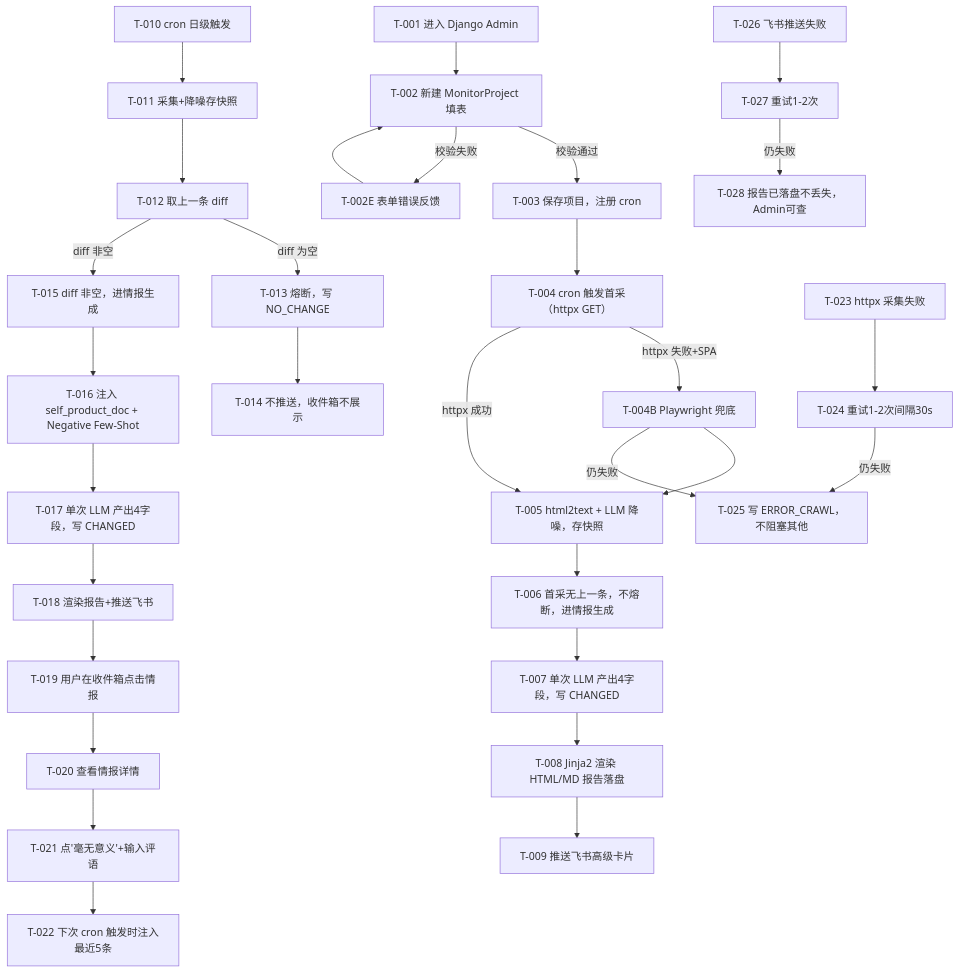
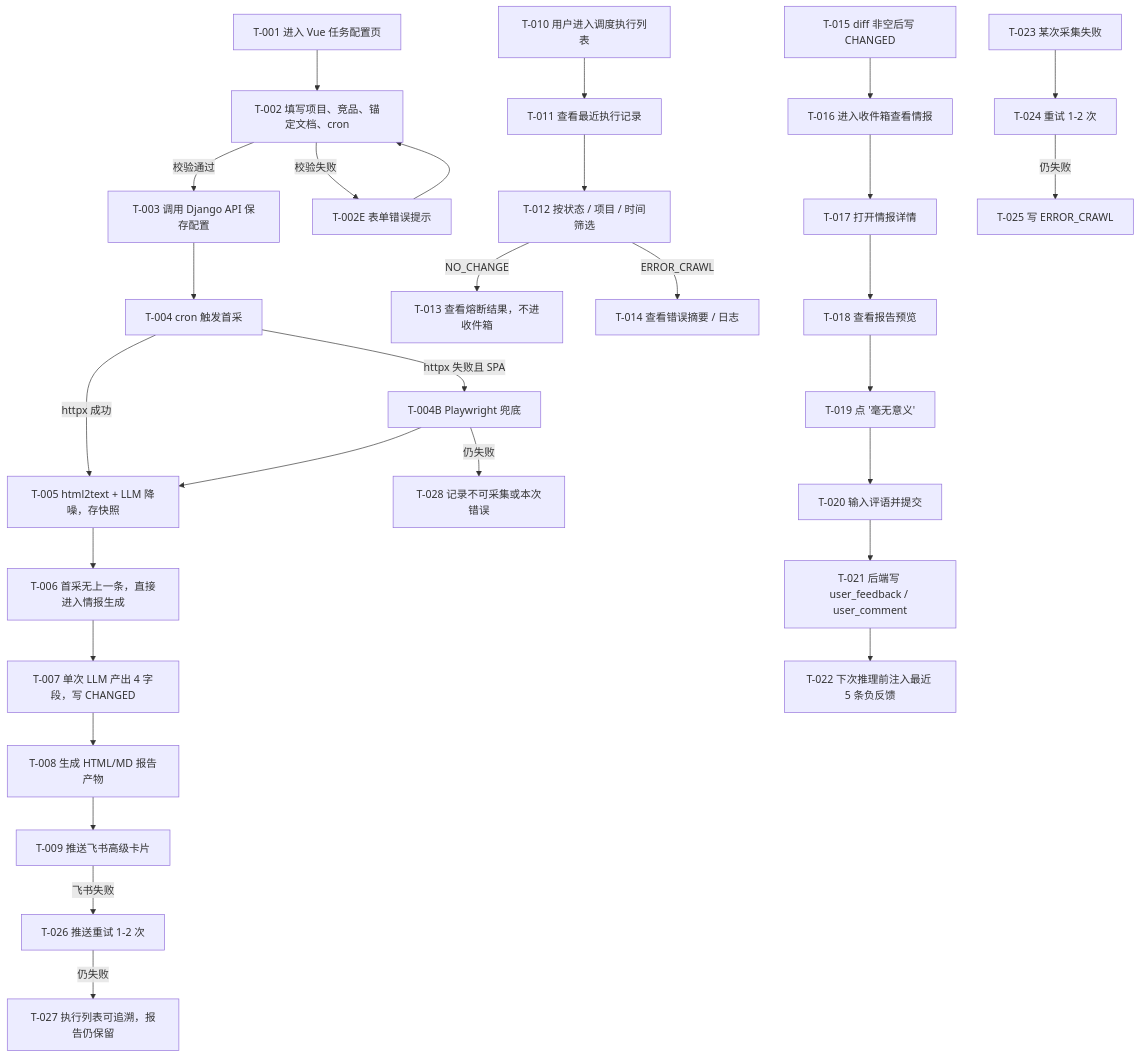
One commit to Melody4j/ai-workshop changed the diagram in .aisdlc/specs/001-competitive-intel-agent/requirements/prototype.md. Above: the diagram before and after it, drawn with Mermaid. The commit also changed other lines of this file and 39 other files, not shown here.

````diff
--- a/.aisdlc/specs/001-competitive-intel-agent/requirements/prototype.md
+++ b/.aisdlc/specs/001-competitive-intel-agent/requirements/prototype.md
@@ -35,39 +31,34 @@
 ```mermaid
 flowchart TD
-  %% S-001 首次配置+首采
-  T001["T-001 进入 Django Admin"] --> T002["T-002 新建 MonitorProject 填表"]
-  T002 -->|校验通过| T003["T-003 保存项目，注册 cron"]
-  T002 -->|校验失败| T002E["T-002E 表单错误反馈"]
+  T001["T-001 进入 Vue 任务配置页"] --> T002["T-002 填写项目、竞品、锚定文档、cron"]
+  T002 -->|校验通过| T003["T-003 调用 Django API 保存配置"]
+  T002 -->|校验失败| T002E["T-002E 表单错误提示"]
   T002E --> T002
-  T003 --> T004["T-004 cron 触发首采（httpx GET）"]
-  T004 -->|httpx 失败+SPA| T004B["T-004B Playwright 兜底"]
+  T003 --> T004["T-004 cron 触发首采"]
+  T004 -->|httpx 成功| T005["T-005 html2text + LLM 降噪，存快照"]
+  T004 -->|httpx 失败且 SPA| T004B["T-004B Playwright 兜底"]
   T004B --> T005
-  T004 -->|httpx 成功| T005["T-005 html2text + LLM 降噪，存快照"]
-  T005 --> T006["T-006 首采无上一条，不熔断，进情报生成"]
-  T006 --> T007["T-007 单次 LLM 产出4字段，写 CHANGED"]
-  T007 --> T008["T-008 Jinja2 渲染 HTML/MD 报告落盘"]
+  T005 --> T006["T-006 首采无上一条，直接进入情报生成"]
+  T006 --> T007["T-007 单次 LLM 产出 4 字段，写 CHANGED"]
+  T007 --> T008["T-008 生成 HTML/MD 报告产物"]
   T008 --> T009["T-009 推送飞书高级卡片"]
 
-  %% S-002 无变化熔断
-  T010["T-010 cron 日级触发"] --> T011["T-011 采集+降噪存快照"]
-  T011 --> T012["T-012 取上一条 diff"]
-  T012 -->|diff 为空| T013["T-013 熔断，写 NO_CHANGE"]
-  T013 --> T014["T-014 不推送，收件箱不展示"]
-  T012 -->|diff 非空| T015
+  T010["T-010 用户进入调度执行列表"] --> T011["T-011 查看最近执行记录"]
+  T011 --> T012["T-012 按状态 / 项目 / 时间筛选"]
+  T012 -->|NO_CHANGE| T013["T-013 查看熔断结果，不进收件箱"]
+  T012 -->|ERROR_CRAWL| T014["T-014 查看错误摘要 / 日志"]
 
-  %% S-003 有变化+反馈
-  T015["T-015 diff 非空，进情报生成"] --> T016["T-016 注入 self_product_doc + Negative Few-Shot"]
-  T016 --> T017["T-017 单次 LLM 产出4字段，写 CHANGED"]
-  T017 --> T018["T-018 渲染报告+推送飞书"]
-  T018 --> T019["T-019 用户在收件箱点击情报"]
-  T019 --> T020["T-020 查看情报详情"]
-  T020 --> T021["T-021 点'毫无意义'+输入评语"]
-  T021 --> T022["T-022 下次 cron 触发时注入最近5条"]
+  T015["T-015 diff 非空后写 CHANGED"] --> T016["T-016 进入收件箱查看情报"]
+  T016 --> T017["T-017 打开情报详情"]
+  T017 --> T018["T-018 查看报告预览"]
+  T018 --> T019["T-019 点 '毫无意义'"]
+  T019 --> T020["T-020 输入评语并提交"]
+  T020 --> T021["T-021 后端写 user_feedback / user_comment"]
+  T021 --> T022["T-022 下次推理前注入最近 5 条负反馈"]
 
-  %% S-004 异常路径
-  T023["T-023 httpx 采集失败"] --> T024["T-024 重试1-2次间隔30s"]
-  T024 -->|仍失败| T025["T-025 写 ERROR_CRAWL，不阻塞其他"]
-  T004B -->|仍失败| T025
-  T026["T-026 飞书推送失败"] --> T027["T-027 重试1-2次"]
-  T027 -->|仍失败| T028["T-028 报告已落盘不丢失，Admin可查"]
+  T023["T-023 某次采集失败"] --> T024["T-024 重试 1-2 次"]
+  T024 -->|仍失败| T025["T-025 写 ERROR_CRAWL"]
+  T009 -->|飞书失败| T026["T-026 推送重试 1-2 次"]
+  T026 -->|仍失败| T027["T-027 执行列表可追溯，报告仍保留"]
+  T004B -->|仍失败| T028["T-028 记录不可采集或本次错误"]
 ```
````
